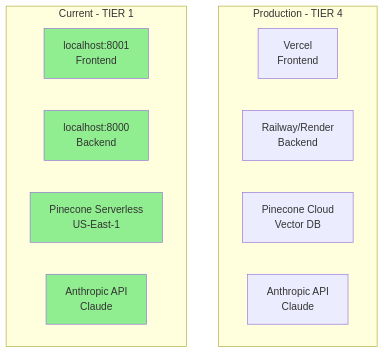
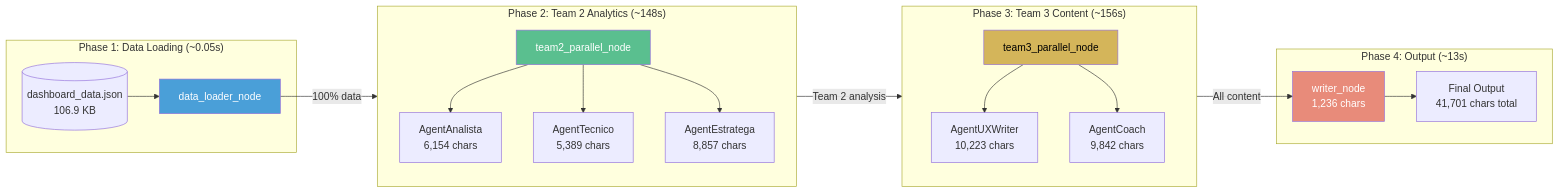
One commit to AlvGolf/AlvGolf-Identity-EngineV3 changed the fourth of 8 diagrams in ARCHITECTURE.md. Above: the diagram before and after it, drawn with Mermaid. The commit also changed other lines of this file, not shown here.

Commit message:
docs: Add comprehensive architecture diagrams v3.0.1

````diff
--- a/ARCHITECTURE.md
+++ b/ARCHITECTURE.md
@@ -265,21 +190,40 @@
 ```mermaid
-graph TB
-    subgraph "Production - TIER 4"
-        A[Vercel<br/>Frontend]
-        B[Railway/Render<br/>Backend]
-        C[Pinecone Cloud<br/>Vector DB]
-        D[Anthropic API<br/>Claude]
+graph LR
+    subgraph "Phase 1: Data Loading (~0.05s)"
+        DL[data_loader_node]
+        JSON[(dashboard_data.json<br/>106.9 KB)]
+        JSON --> DL
     end
 
-    subgraph "Current - TIER 1"
-        E[localhost:8001<br/>Frontend]
-        F[localhost:8000<br/>Backend]
-        G[Pinecone Serverless<br/>US-East-1]
-        H[Anthropic API<br/>Claude]
+    subgraph "Phase 2: Team 2 Analytics (~148s)"
+        direction TB
+        T2[team2_parallel_node]
+        AN[AgentAnalista<br/>6,154 chars]
+        TE[AgentTecnico<br/>5,389 chars]
+        ES[AgentEstratega<br/>8,857 chars]
+        T2 --> AN & TE & ES
     end
 
-    style E fill:#90EE90
-    style F fill:#90EE90
-    style G fill:#90EE90
-    style H fill:#90EE90
+    subgraph "Phase 3: Team 3 Content (~156s)"
+        direction TB
+        T3[team3_parallel_node]
+        UX[AgentUXWriter<br/>10,223 chars]
+        CO[AgentCoach<br/>9,842 chars]
+        T3 --> UX & CO
+    end
+
+    subgraph "Phase 4: Output (~13s)"
+        WR[writer_node<br/>1,236 chars]
+        OUT[Final Output<br/>41,701 chars total]
+        WR --> OUT
+    end
+
+    DL -->|"100% data"| T2
+    T2 -->|"Team 2 analysis"| T3
+    T3 -->|"All content"| WR
+
+    style DL fill:#4A9FD8,color:#fff
+    style T2 fill:#5ABF8F,color:#fff
+    style T3 fill:#D4B55A,color:#000
+    style WR fill:#E88B7A,color:#fff
 ```
````
